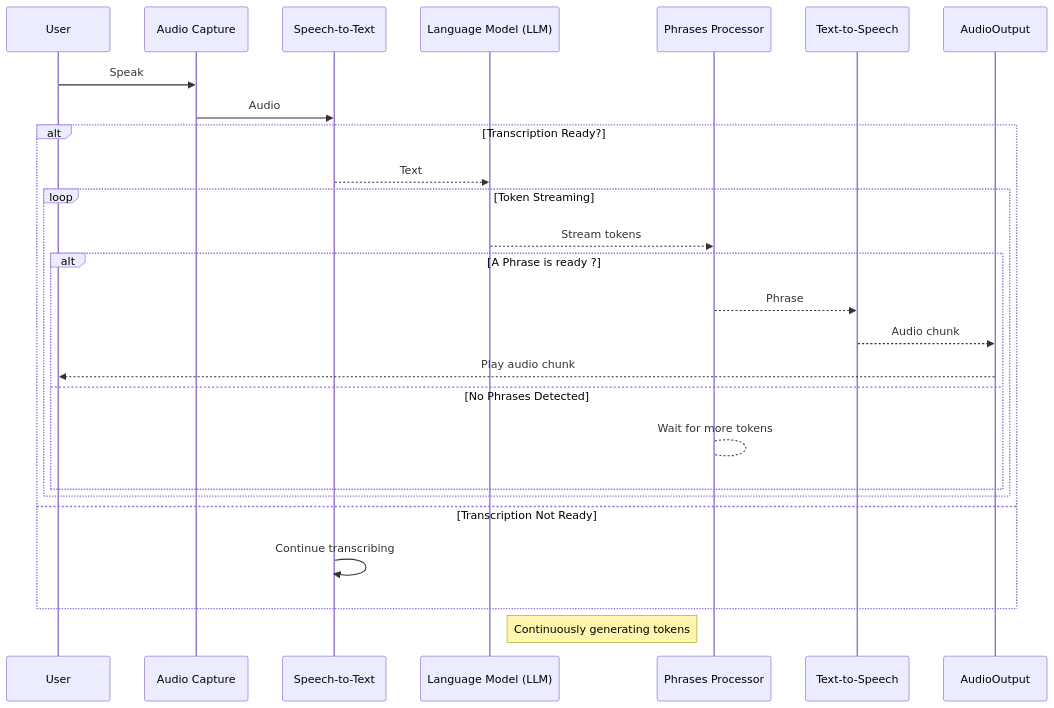
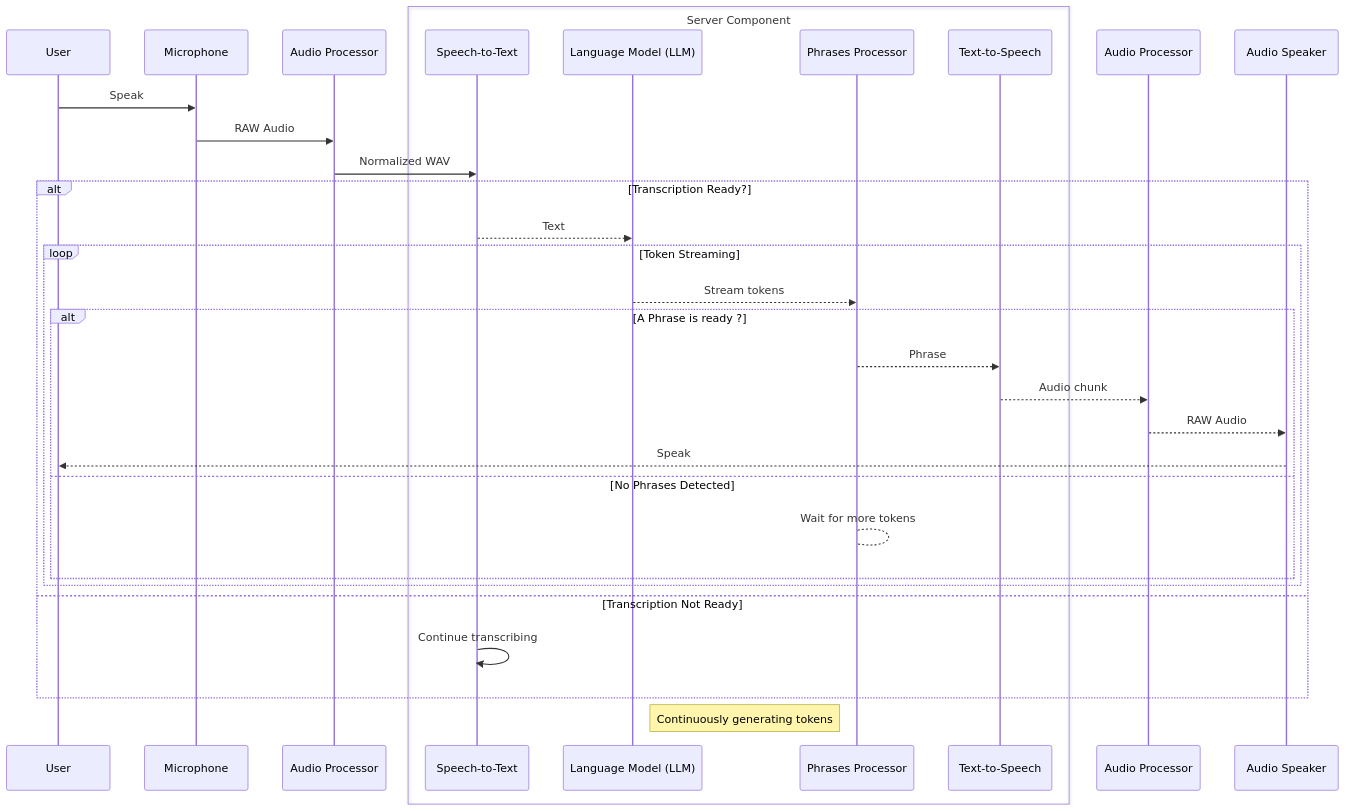
One commit to jmasclef/my-english-coach changed the second of 2 diagrams in README.md. Above: the diagram before and after it, drawn with Mermaid.

Commit message:
README sequence diagram

````diff
--- a/README.md
+++ b/README.md
@@ -51,30 +51,36 @@
 ```mermaid
 sequenceDiagram
     participant User
-    participant AC as Audio Capture
-    participant STT as Speech-to-Text
-    participant LLM as Language Model (LLM)
-    participant PP as Phrases Processor
-    participant TTS as Text-to-Speech
-    participant AudioOutput
+    participant Mic as Microphone
+    participant AIP as Audio Processor
+    box Transparent Server Component
+       participant STT as Speech-to-Text
+       participant LLM as Language Model (LLM)
+       participant PP as Phrases Processor
+       participant TTS as Text-to-Speech
+    end
+    participant AOP as Audio Processor
+    participant AO as Audio Speaker
 
-    User ->> AC: Speak
-    AC ->> STT: Audio
+    User ->> Mic: Speak
+    Mic ->> AIP: RAW Audio
+    AIP ->> STT: Normalized WAV
     alt Transcription Ready?
         STT -->> LLM: Text
         loop Token Streaming
             LLM -->> PP: Stream tokens
             alt A Phrase is ready ?
                 PP -->> TTS: Phrase
-                TTS -->> AudioOutput: Audio chunk
-                AudioOutput -->> User: Play audio chunk
+                TTS -->> AOP: Audio chunk
+                AOP -->> AO: RAW Audio
+                AO -->> User: Speak
             else No Phrases Detected
                 PP --> PP: Wait for more tokens
             end
         end
     else Transcription Not Ready
         STT ->> STT: Continue transcribing
     end
 
     note right of LLM: Continuously generating tokens
 ```
````
